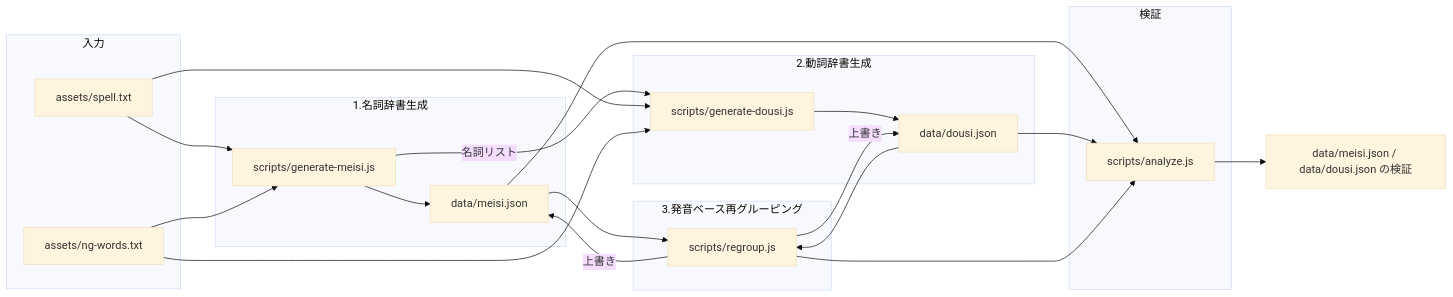
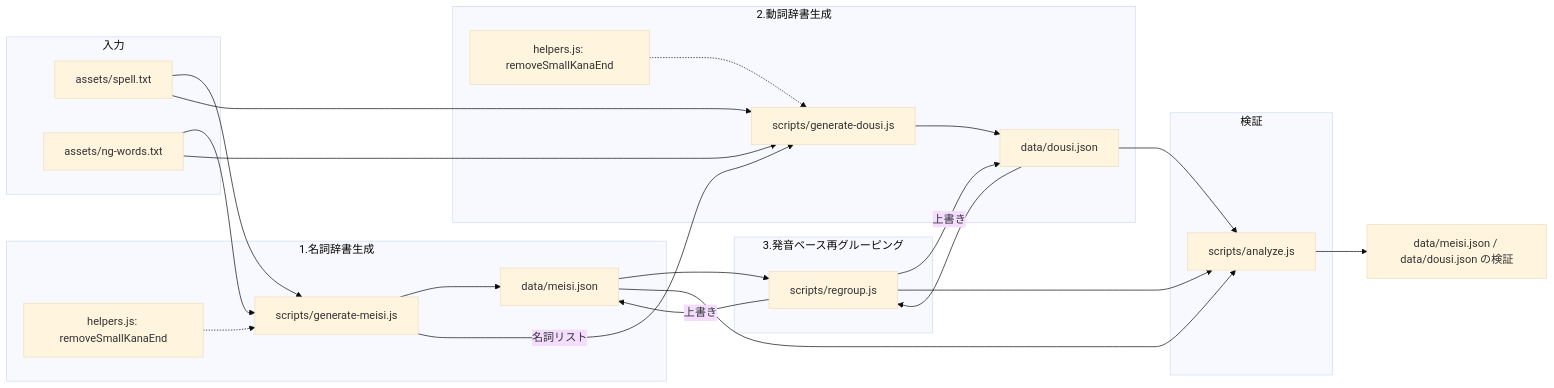
One commit to amanoese/yukichant changed the first of 11 diagrams in docs/dictionary-generation.md. Above: the diagram before and after it, drawn with Mermaid (base theme). The commit also changed other lines of this file and 5 other files, not shown here.

````diff
--- a/docs/dictionary-generation.md
+++ b/docs/dictionary-generation.md
@@ -15,41 +15,45 @@
 ```mermaid
 flowchart LR
     subgraph 入力
         A[assets/spell.txt]
         B[assets/ng-words.txt]
     end
 
     subgraph 1.名詞辞書生成
         C[scripts/generate-meisi.js]
+        C1[helpers.js: removeSmallKanaEnd]
         D[data/meisi.json]
     end
 
     subgraph 2.動詞辞書生成
         E[scripts/generate-dousi.js]
+        E1[helpers.js: removeSmallKanaEnd]
         F[data/dousi.json]
     end
 
     subgraph 3.発音ベース再グルーピング
         G[scripts/regroup.js]
     end
 
     subgraph 検証
         H[scripts/analyze.js]
     end
 
     A --> C
     B --> C
+    C1 -.-> C
     C --> D
     C -->|名詞リスト| E
     A --> E
     B --> E
+    E1 -.-> E
     E --> F
     D --> G
     F --> G
     G -->|上書き| D
     G -->|上書き| F
     D --> H
     F --> H
     G --> H
     H --> I[data/meisi.json / data/dousi.json の検証]
 ```
````
